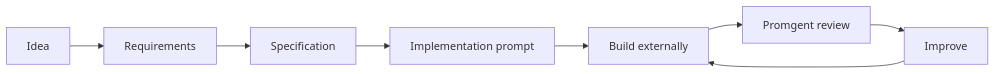
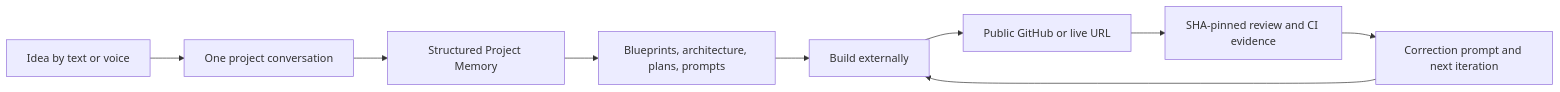
The diagram in README.md (Nasxx05/inference-manager), drawn with Mermaid before and after one commit. The commit also changed other lines of this file and 40 other files, not shown here.

Commit message:
Refactor Promgent into conversation-first project guide

````diff
--- a/README.md
+++ b/README.md
@@ -62,10 +26,11 @@
 ```mermaid
 flowchart LR
-    A[Idea] --> B[Requirements]
-    B --> C[Specification]
-    C --> D[Implementation prompt]
-    D --> E[Build externally]
-    E --> F[Promgent review]
-    F --> G[Improve]
-    G --> E
+  A[Idea by text or voice] --> B[One project conversation]
+  B --> C[Structured Project Memory]
+  C --> D[Blueprints, architecture, plans, prompts]
+  D --> E[Build externally]
+  E --> F[Public GitHub or live URL]
+  F --> G[SHA-pinned review and CI evidence]
+  G --> H[Correction prompt and next iteration]
+  H --> E
 ```
````
